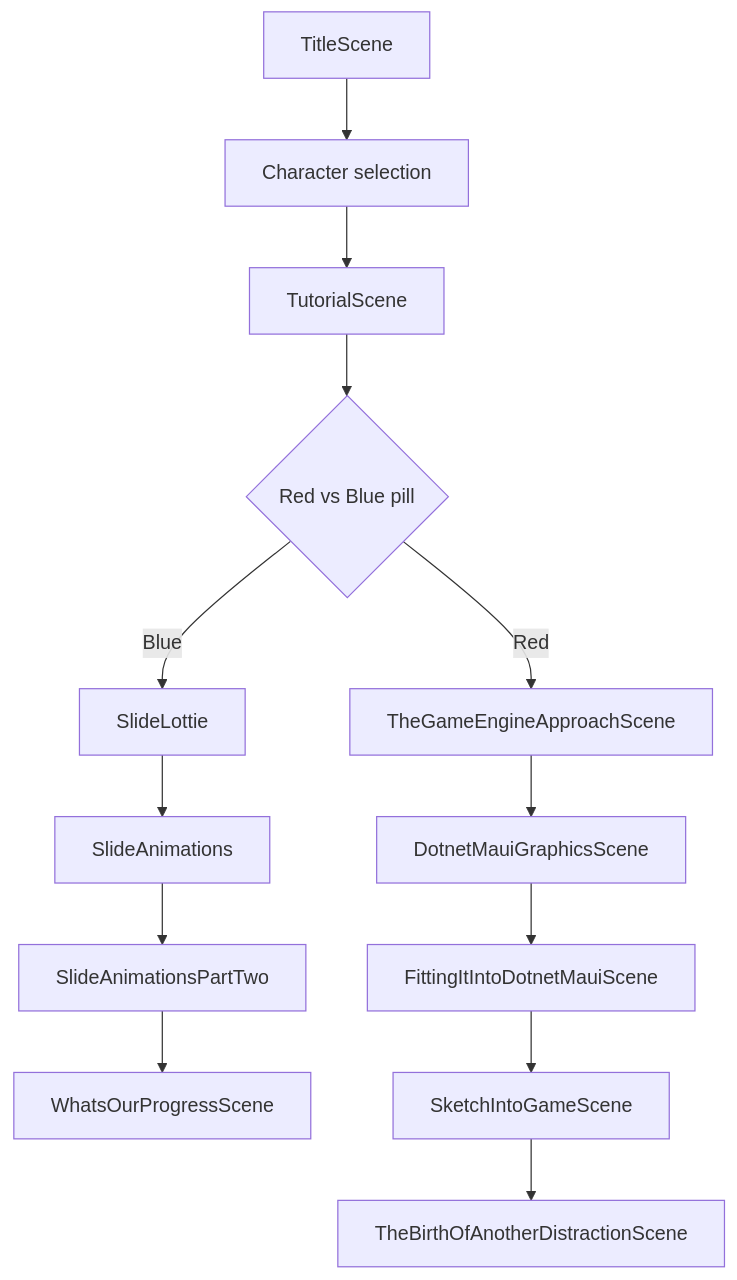
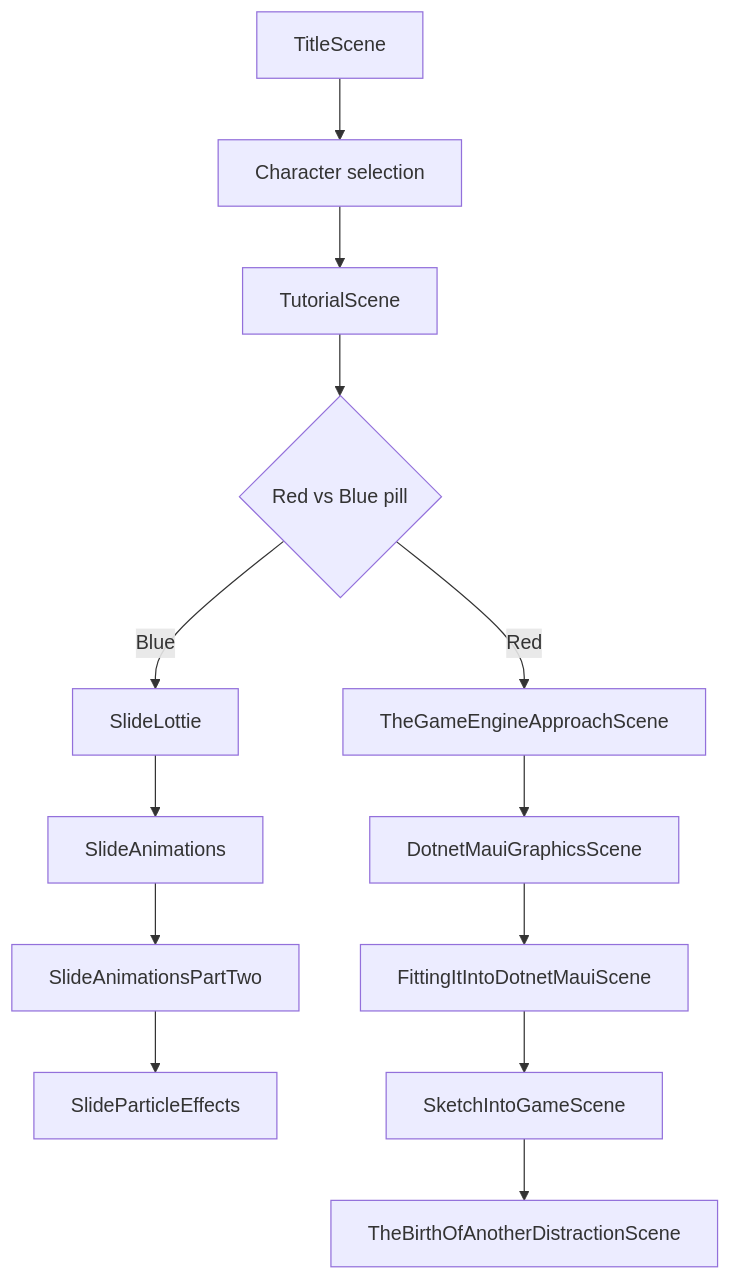
One commit to bijington/orbit changed the diagram in games/ChooseYourOwnAdventure/ChooseYourOwnAdventure/Slides/SlideThoughts.md. Above: the diagram before and after it, drawn with Mermaid. The commit also changed other lines of this file and 23 other files, not shown here.

````diff
--- a/games/ChooseYourOwnAdventure/ChooseYourOwnAdventure/Slides/SlideThoughts.md
+++ b/games/ChooseYourOwnAdventure/ChooseYourOwnAdventure/Slides/SlideThoughts.md
@@ -51,17 +77,17 @@
 ```mermaid
 flowchart TD
     TitleScene --> CharacterSelectionScene[Character selection]
     CharacterSelectionScene --> TutorialScene
     TutorialScene --> RedVersusBluePillScene{Red vs Blue pill}
     RedVersusBluePillScene -- Blue --> SlideLottie
     RedVersusBluePillScene -- Red --> TheGameEngineApproachScene
 
     SlideLottie --> SlideAnimations
     SlideAnimations --> SlideAnimationsPartTwo
-    SlideAnimationsPartTwo --> WhatsOurProgressScene
+    SlideAnimationsPartTwo --> SlideParticleEffects
 
     TheGameEngineApproachScene --> DotnetMauiGraphicsScene
     DotnetMauiGraphicsScene --> FittingItIntoDotnetMauiScene
     FittingItIntoDotnetMauiScene --> SketchIntoGameScene
     SketchIntoGameScene --> TheBirthOfAnotherDistractionScene
 ```
````
